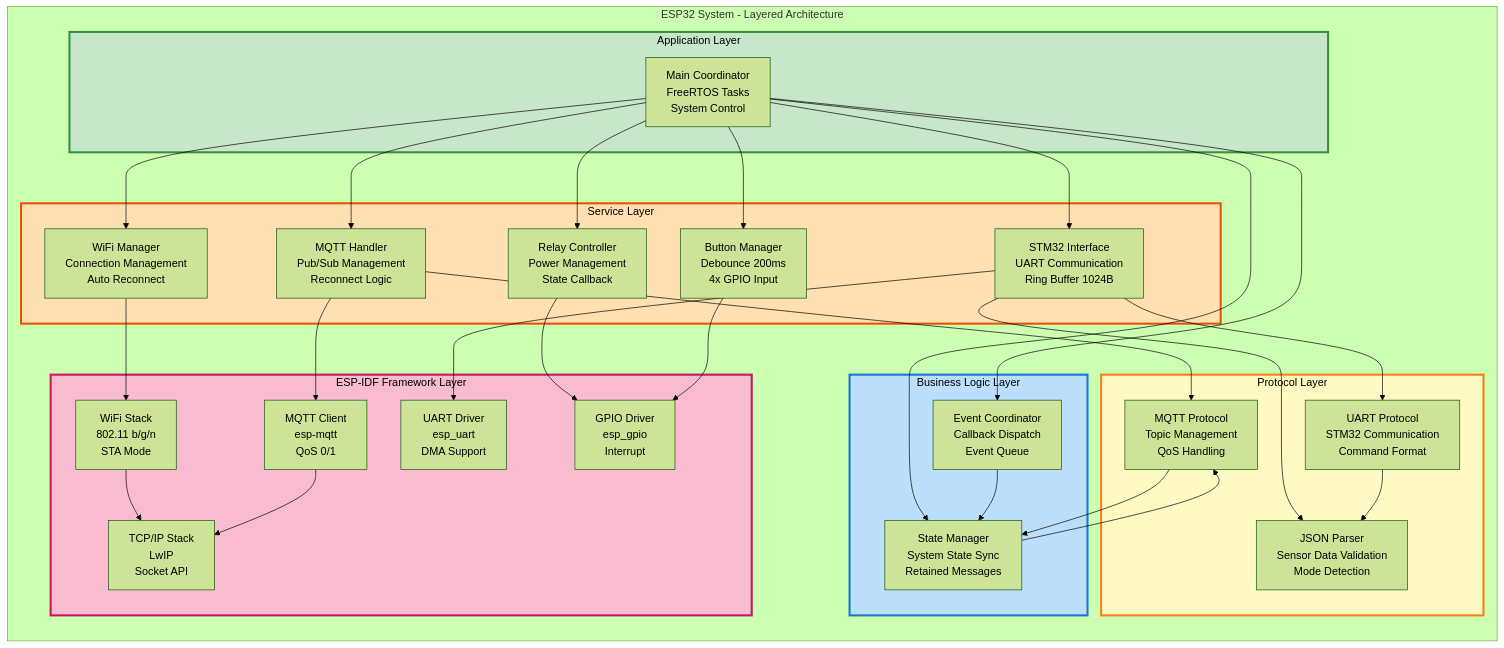
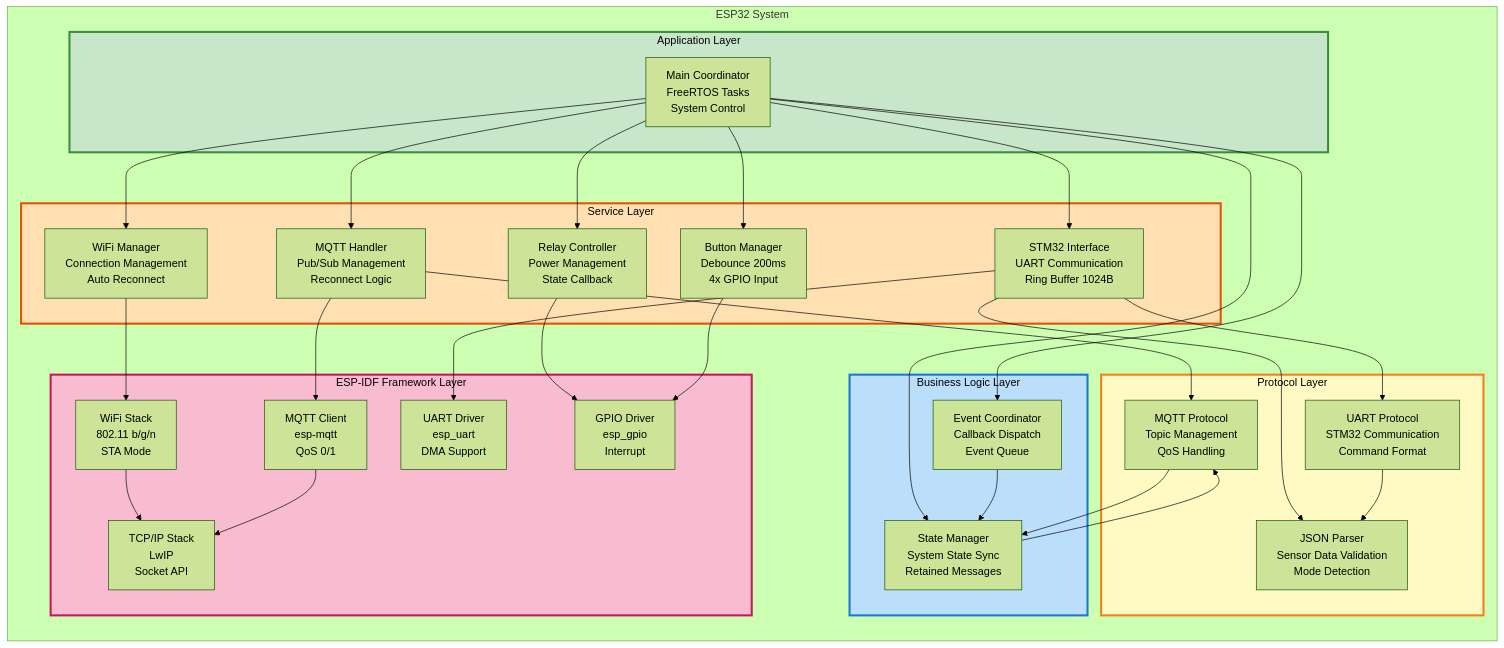
Before and after one commit to meeTeam05/datalogger: the third of 11 diagrams in documents/firmware/ARCHITECTURE_DIAGRAM_FIRMWARE.md, drawn with Mermaid (forest theme). The commit also changed other lines of this file, not shown here.

Commit message:
fix(docs): simplify subgraph names in architecture diagrams for ESP32 and STM32; add detailed deployment diagram

````diff
--- a/documents/firmware/ARCHITECTURE_DIAGRAM_FIRMWARE.md
+++ b/documents/firmware/ARCHITECTURE_DIAGRAM_FIRMWARE.md
@@ -221,69 +221,69 @@
 ```mermaid
 graph TB
-    subgraph ESP32_System["ESP32 System - Layered Architecture"]
+    subgraph ESP32_System["ESP32 System"]
         direction TB
 
         subgraph Application_Layer["Application Layer"]
             Main_Coordinator[Main Coordinator<br/>FreeRTOS Tasks<br/>System Control]
         end
 
         subgraph Business_Logic["Business Logic Layer"]
             State_Manager[State Manager<br/>System State Sync<br/>Retained Messages]
             Event_Coordinator[Event Coordinator<br/>Callback Dispatch<br/>Event Queue]
         end
 
         subgraph Protocol_Layer["Protocol Layer"]
             JSON_Parser[JSON Parser<br/>Sensor Data Validation<br/>Mode Detection]
             MQTT_Protocol[MQTT Protocol<br/>Topic Management<br/>QoS Handling]
             UART_Protocol[UART Protocol<br/>STM32 Communication<br/>Command Format]
         end
 
         subgraph Service_Layer["Service Layer"]
             WiFi_Manager[WiFi Manager<br/>Connection Management<br/>Auto Reconnect]
             MQTT_Handler[MQTT Handler<br/>Pub/Sub Management<br/>Reconnect Logic]
             STM32_Interface[STM32 Interface<br/>UART Communication<br/>Ring Buffer 1024B]
             Relay_Controller[Relay Controller<br/>Power Management<br/>State Callback]
             Button_Manager[Button Manager<br/>Debounce 200ms<br/>4x GPIO Input]
         end
 
         subgraph Driver_Layer["ESP-IDF Framework Layer"]
             WiFi_Stack[WiFi Stack<br/>802.11 b/g/n<br/>STA Mode]
             TCP_IP_Stack[TCP/IP Stack<br/>LwIP<br/>Socket API]
             MQTT_Client[MQTT Client<br/>esp-mqtt<br/>QoS 0/1]
             UART_Driver[UART Driver<br/>esp_uart<br/>DMA Support]
             GPIO_Driver[GPIO Driver<br/>esp_gpio<br/>Interrupt]
         end
 
         Main_Coordinator --> WiFi_Manager
         Main_Coordinator --> MQTT_Handler
         Main_Coordinator --> STM32_Interface
         Main_Coordinator --> Relay_Controller
         Main_Coordinator --> Button_Manager
         Main_Coordinator --> State_Manager
         Main_Coordinator --> Event_Coordinator
 
         State_Manager --> MQTT_Protocol
         Event_Coordinator --> State_Manager
 
         WiFi_Manager --> WiFi_Stack
         MQTT_Handler --> MQTT_Protocol
         MQTT_Handler --> MQTT_Client
         STM32_Interface --> UART_Protocol
         STM32_Interface --> JSON_Parser
         STM32_Interface --> UART_Driver
         Relay_Controller --> GPIO_Driver
         Button_Manager --> GPIO_Driver
 
         MQTT_Protocol --> State_Manager
         UART_Protocol --> JSON_Parser
 
         WiFi_Stack --> TCP_IP_Stack
         MQTT_Client --> TCP_IP_Stack
     end
 
     style Application_Layer fill:#C8E6C9,stroke:#388E3C,stroke-width:3px,color:#000
     style Business_Logic fill:#BBDEFB,stroke:#1976D2,stroke-width:3px,color:#000
     style Protocol_Layer fill:#FFF9C4,stroke:#F57F17,stroke-width:3px,color:#000
     style Service_Layer fill:#FFE0B2,stroke:#E65100,stroke-width:3px,color:#000
     style Driver_Layer fill:#F8BBD0,stroke:#C2185B,stroke-width:3px,color:#000
 ```
````
